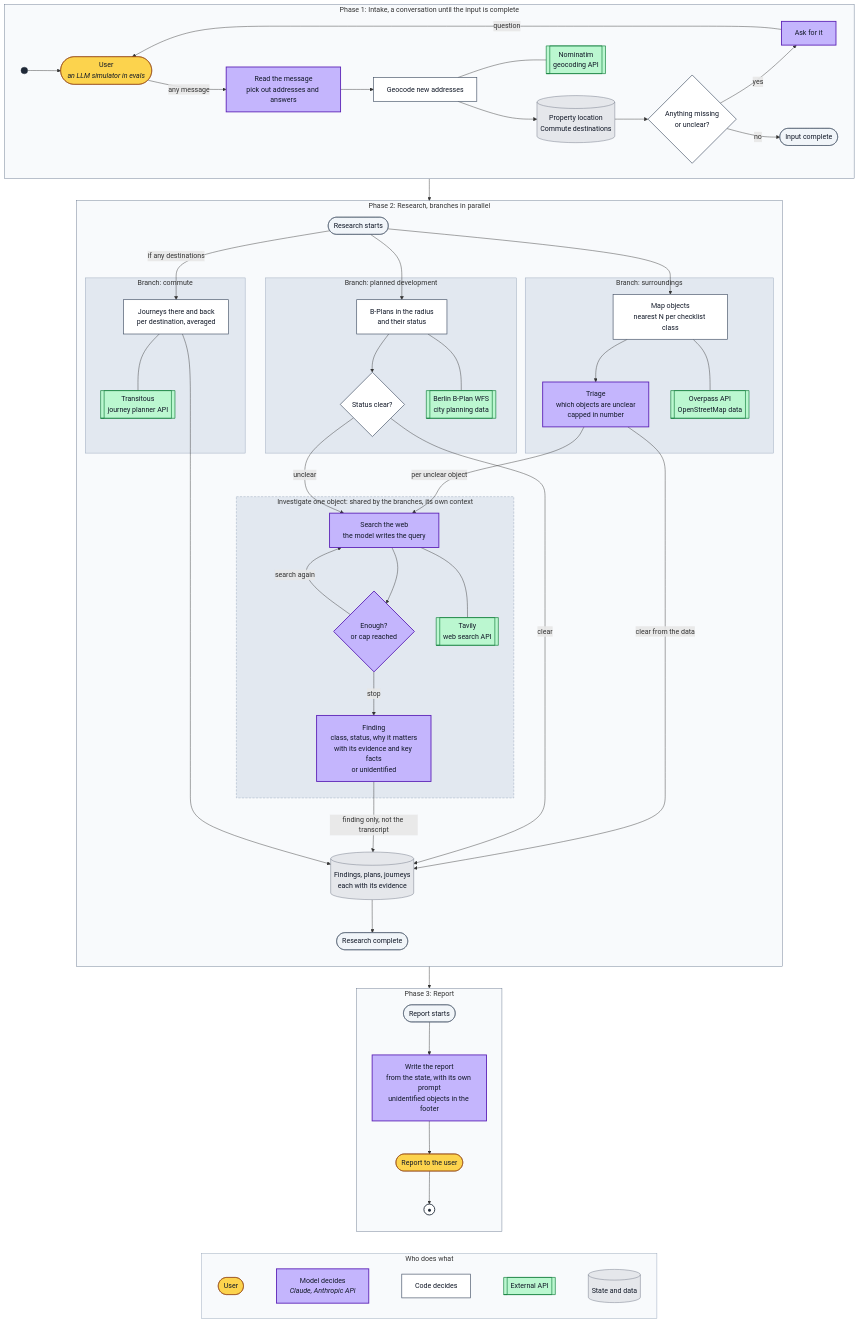
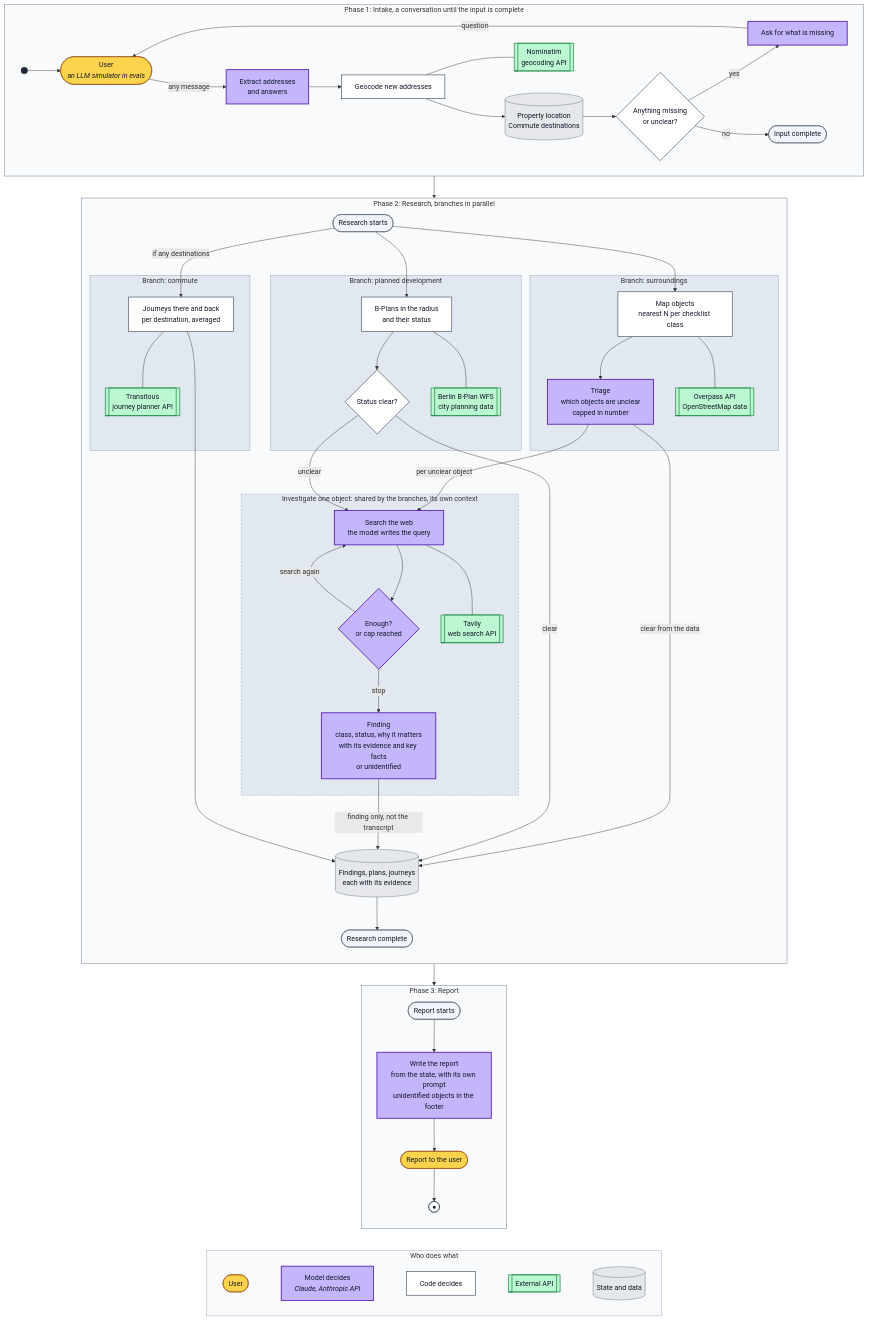
The diagram in docs/architecture.md (avashchenkov/out-of-frame), drawn with Mermaid before and after one commit.

Commit message:
docs: refine flowchart labels for clarity in architecture document

```diff
--- a/docs/architecture.md
+++ b/docs/architecture.md
@@ -8,12 +8,12 @@
         direction LR
         START((" ")):::start
         U(["User<br/><i>an LLM simulator in evals</i>"]):::human
-        M["Read the message<br/>pick out addresses and answers"]:::model
+        M["Extract addresses<br/>and answers"]:::model
         G["Geocode new addresses"]:::code
         NOM[["Nominatim<br/>geocoding API"]]:::ext
         PR[("Property location<br/>Commute destinations")]:::data
         C{"Anything missing<br/>or unclear?"}:::code
-        A["Ask for it"]:::model
+        A["Ask for what is missing"]:::model
         DONE(["Input complete"]):::milestone
         START --> U
         U -->|"any message"| M
```
